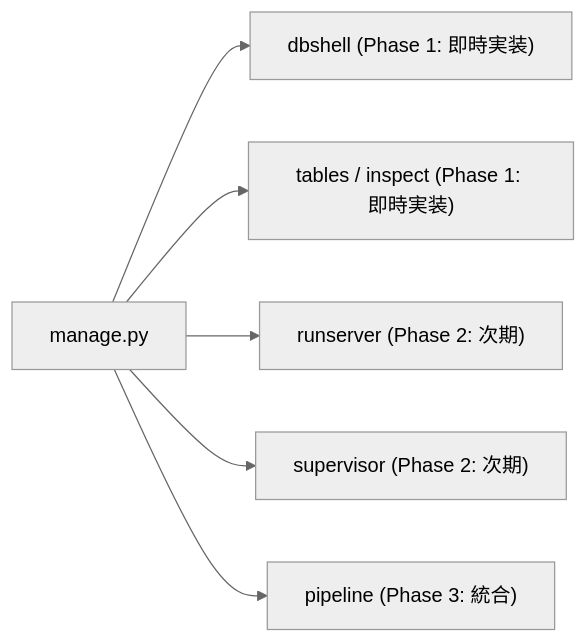
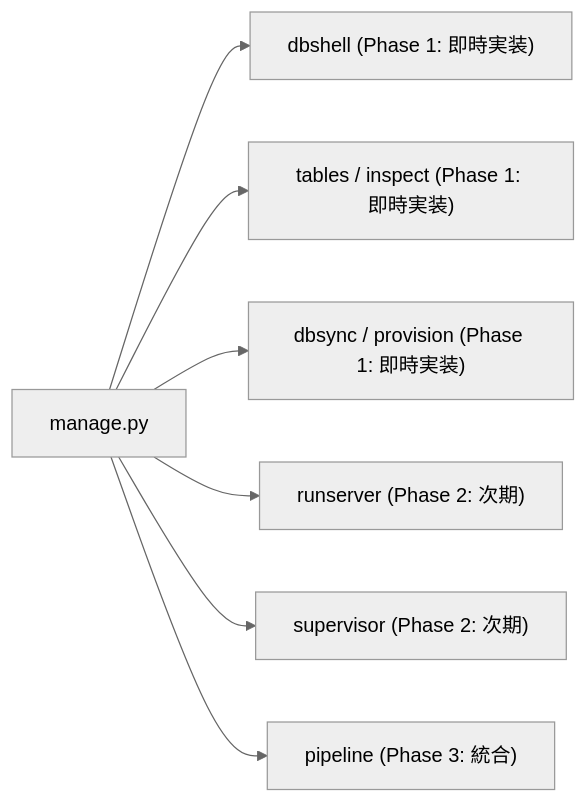
The second of 2 diagrams in docs/designs/DSN-24-unified_management_cli_and_interactive_database_shell.md (rokujyouhitoma/arxiv-security-papers), drawn with Mermaid (neutral theme) before and after one commit. The commit also changed other lines of this file and 20 other files, not shown here.

First line of the commit message:
feat(cli): implement manage.py unified CLI with interactive dbshell, tab autocompleter, and dbsync (fixes #230)

````diff
--- a/docs/designs/DSN-24-unified_management_cli_and_interactive_database_shell.md
+++ b/docs/designs/DSN-24-unified_management_cli_and_interactive_database_shell.md
@@ -230,9 +254,10 @@
 ```mermaid
 graph LR
     MANAGE["manage.py"]
     MANAGE --> C1["dbshell (Phase 1: 即時実装)"]
     MANAGE --> C2["tables / inspect (Phase 1: 即時実装)"]
-    MANAGE --> C3["runserver (Phase 2: 次期)"]
-    MANAGE --> C4["supervisor (Phase 2: 次期)"]
-    MANAGE --> C5["pipeline (Phase 3: 統合)"]
+    MANAGE --> C3["dbsync / provision (Phase 1: 即時実装)"]
+    MANAGE --> C4["runserver (Phase 2: 次期)"]
+    MANAGE --> C5["supervisor (Phase 2: 次期)"]
+    MANAGE --> C6["pipeline (Phase 3: 統合)"]
 ```
````
